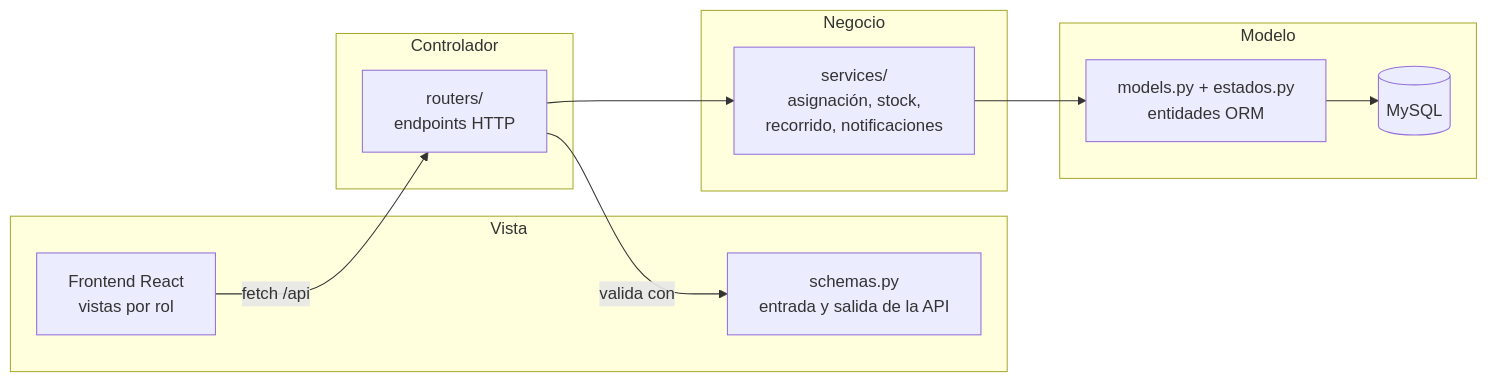
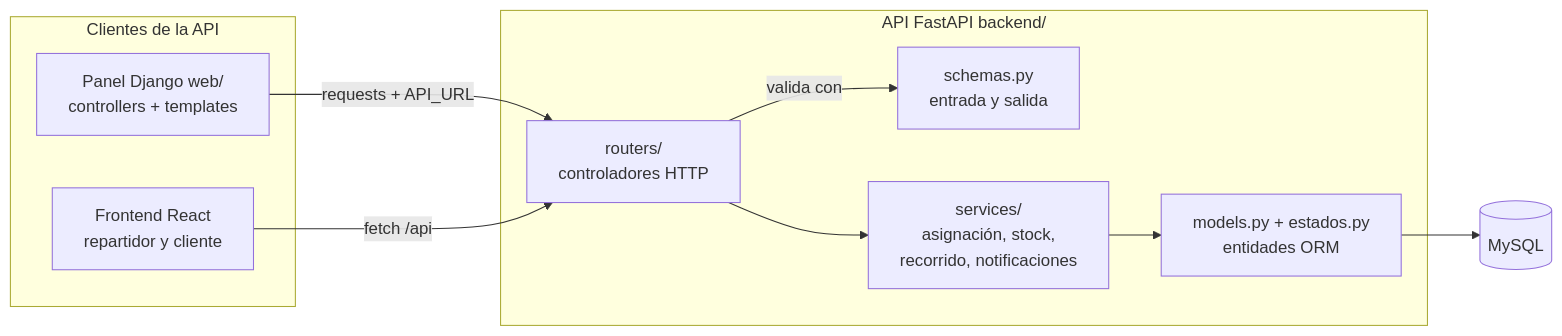
The first of 4 diagrams in README.md (valenayelen17/Dely), drawn with Mermaid before and after one commit. The commit also changed other lines of this file and 6 other files, not shown here.

Commit message:
Documento el panel Django y su arquitectura en los README

````diff
--- a/README.md
+++ b/README.md
@@ -78,22 +92,20 @@
 ```mermaid
 flowchart LR
-    subgraph Vista
-        F[Frontend React<br/>vistas por rol]
-        S[schemas.py<br/>entrada y salida de la API]
+    subgraph Clientes de la API
+        W[Panel Django web/<br/>controllers + templates]
+        F[Frontend React<br/>repartidor y cliente]
     end
-    subgraph Controlador
-        R[routers/<br/>endpoints HTTP]
+    subgraph API FastAPI backend/
+        R[routers/<br/>controladores HTTP]
+        S[schemas.py<br/>entrada y salida]
+        SV[services/<br/>asignación, stock,<br/>recorrido, notificaciones]
+        M[models.py + estados.py<br/>entidades ORM]
     end
-    subgraph Negocio
-        SV[services/<br/>asignación, stock,<br/>recorrido, notificaciones]
-    end
-    subgraph Modelo
-        M[models.py + estados.py<br/>entidades ORM]
-        DB[(MySQL)]
-    end
+    DB[(MySQL)]
+    W -- "requests + API_URL" --> R
     F -- "fetch /api" --> R
     R -- valida con --> S
     R --> SV
     SV --> M
     M --> DB
 ```
````
